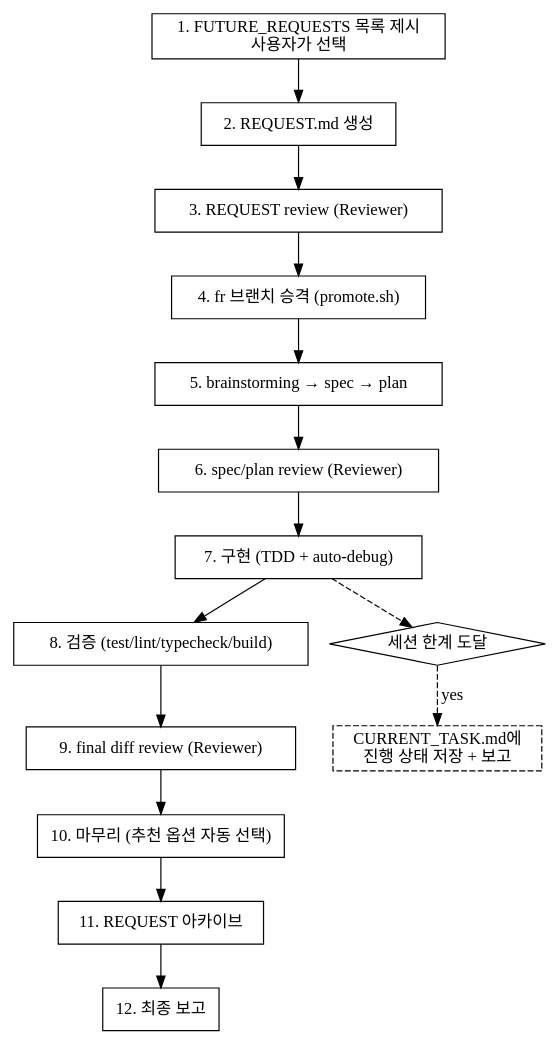
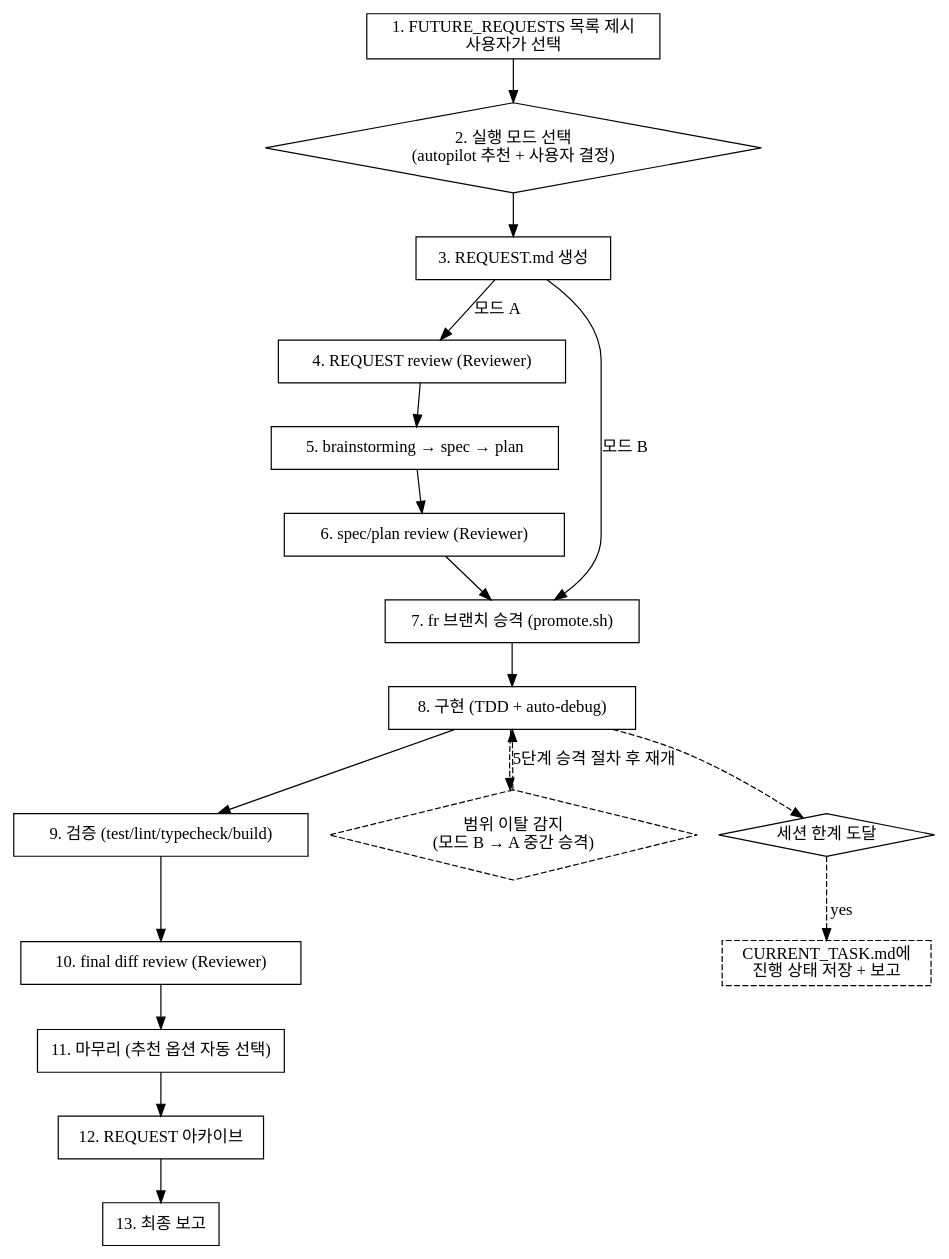
Before and after one commit to JuseongJee/review-driven-ai-workflow: the diagram in rd-workflow/claude_skills/autopilot/SKILL.md, drawn with Graphviz. The commit also changed other lines of this file and 28 other files, not shown here.

````diff
--- a/rd-workflow/claude_skills/autopilot/SKILL.md
+++ b/rd-workflow/claude_skills/autopilot/SKILL.md
@@ -12,28 +12,36 @@
 ```dot
 digraph autopilot {
     rankdir=TB;
     node [shape=box];
 
     select [label="1. FUTURE_REQUESTS 목록 제시\n사용자가 선택"];
-    request [label="2. REQUEST.md 생성"];
-    request_review [label="3. REQUEST review (Reviewer)"];
-    branch [label="4. fr 브랜치 승격 (promote.sh)"];
+    mode [label="2. 실행 모드 선택\n(autopilot 추천 + 사용자 결정)" shape=diamond];
+    request [label="3. REQUEST.md 생성"];
+    request_review [label="4. REQUEST review (Reviewer)"];
     design [label="5. brainstorming → spec → plan"];
     spec_review [label="6. spec/plan review (Reviewer)"];
-    implement [label="7. 구현 (TDD + auto-debug)"];
-    verify [label="8. 검증 (test/lint/typecheck/build)"];
-    diff_review [label="9. final diff review (Reviewer)"];
-    finish [label="10. 마무리 (추천 옵션 자동 선택)"];
-    archive [label="11. REQUEST 아카이브"];
-    report [label="12. 최종 보고"];
+    branch [label="7. fr 브랜치 승격 (promote.sh)"];
+    implement [label="8. 구현 (TDD + auto-debug)"];
+    verify [label="9. 검증 (test/lint/typecheck/build)"];
+    diff_review [label="10. final diff review (Reviewer)"];
+    finish [label="11. 마무리 (추천 옵션 자동 선택)"];
+    archive [label="12. REQUEST 아카이브"];
+    report [label="13. 최종 보고"];
 
-    select -> request -> request_review -> branch -> design -> spec_review;
-    spec_review -> implement -> verify -> diff_review -> finish -> archive -> report;
+    select -> mode -> request;
+    request -> request_review [label="모드 A"];
+    request_review -> design -> spec_review -> branch;
+    request -> branch [label="모드 B"];
+    branch -> implement -> verify -> diff_review -> finish -> archive -> report;
+
+    escalate [label="범위 이탈 감지\n(모드 B → A 중간 승격)" shape=diamond style=dashed];
+    implement -> escalate [style=dashed];
+    escalate -> implement [label="5단계 승격 절차 후 재개" style=dashed];
 
     session_limit [label="세션 한계 도달" shape=diamond];
     save_state [label="CURRENT_TASK.md에\n진행 상태 저장 + 보고" shape=box style=dashed];
 
     implement -> session_limit [style=dashed];
     session_limit -> save_state [label="yes" style=dashed];
 }
 ```
````
